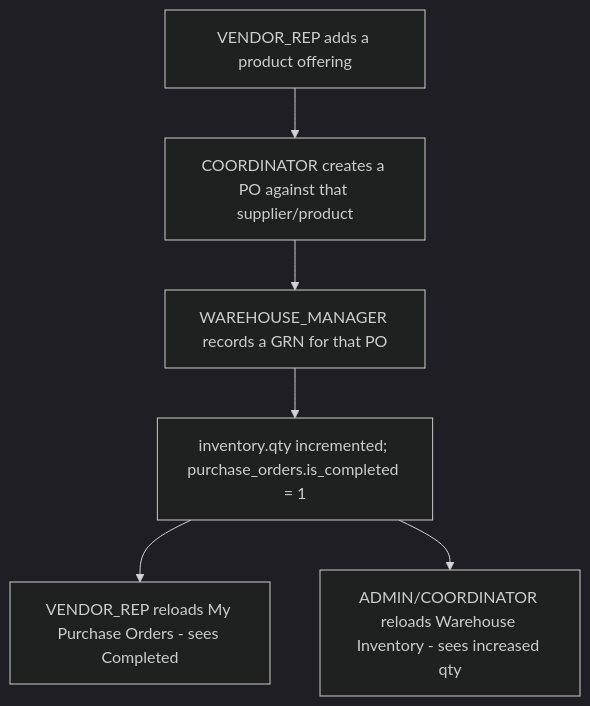
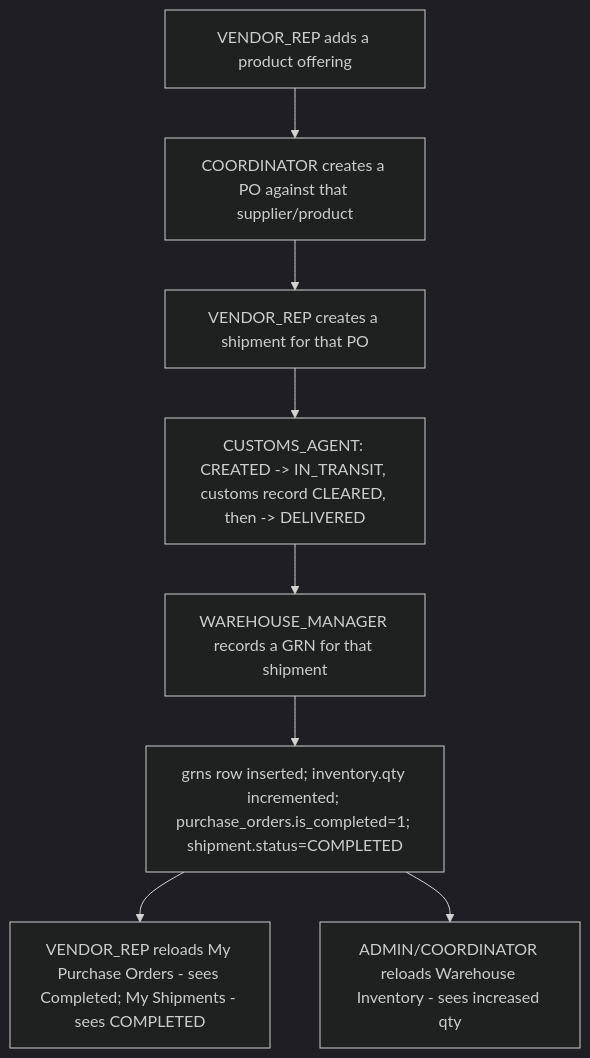
Diagram 21 of 26 in .no-build/docs/E2E_FLOWS.md (wishva-kalhara/GlobalTradeLogistics), drawn with Mermaid (dark theme) before and after one commit. The commit also changed other lines of this file and 5 other files, not shown here.

````diff
--- a/.no-build/docs/E2E_FLOWS.md
+++ b/.no-build/docs/E2E_FLOWS.md
@@ -286,8 +346,10 @@
 ```mermaid
 flowchart TD
     A[VENDOR_REP adds a product offering] --> B[COORDINATOR creates a PO against that supplier/product]
-    B --> C[WAREHOUSE_MANAGER records a GRN for that PO]
-    C --> D[inventory.qty incremented; purchase_orders.is_completed = 1]
-    D --> E[VENDOR_REP reloads My Purchase Orders - sees Completed]
-    D --> F[ADMIN/COORDINATOR reloads Warehouse Inventory - sees increased qty]
+    B --> C[VENDOR_REP creates a shipment for that PO]
+    C --> D[CUSTOMS_AGENT: CREATED -> IN_TRANSIT, customs record CLEARED, then -> DELIVERED]
+    D --> E[WAREHOUSE_MANAGER records a GRN for that shipment]
+    E --> F[grns row inserted; inventory.qty incremented; purchase_orders.is_completed=1; shipment.status=COMPLETED]
+    F --> G[VENDOR_REP reloads My Purchase Orders - sees Completed; My Shipments - sees COMPLETED]
+    F --> H[ADMIN/COORDINATOR reloads Warehouse Inventory - sees increased qty]
 ```
````
